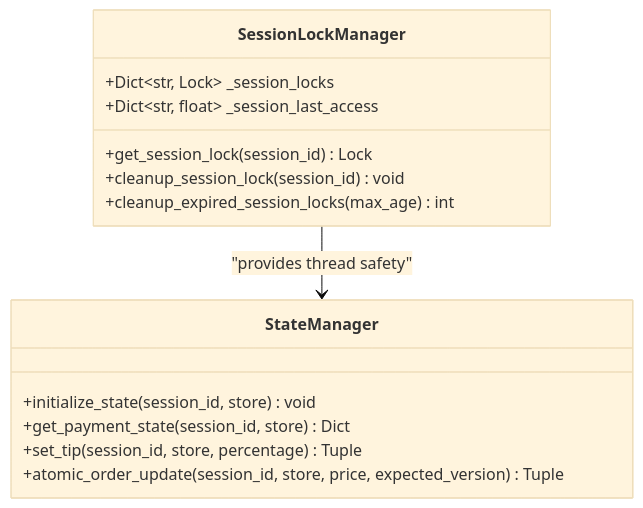
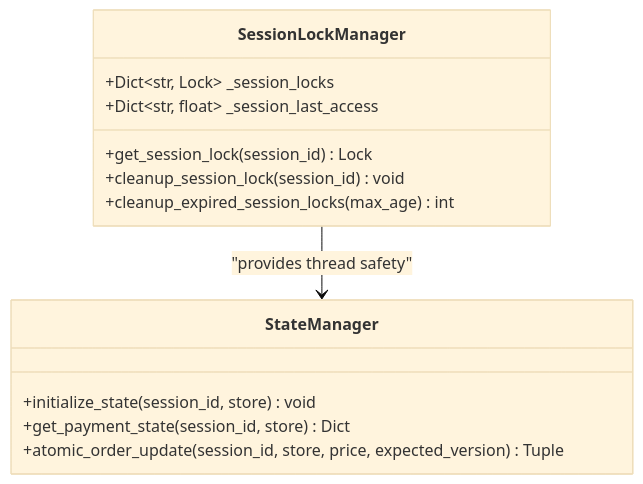
The fourth of 5 diagrams in .qoder/repowiki/en/content/User Interface Components/Event Handling System.md (MOK-5-ha/MayaMCP), drawn with Mermaid (base theme) before and after one commit. The commit also changed other lines of this file and 27 other files, not shown here.

````diff
--- a/.qoder/repowiki/en/content/User Interface Components/Event Handling System.md
+++ b/.qoder/repowiki/en/content/User Interface Components/Event Handling System.md
@@ -266,17 +234,16 @@
 ```mermaid
 classDiagram
 class SessionLockManager {
 +Dict~str, Lock~ _session_locks
 +Dict~str, float~ _session_last_access
 +get_session_lock(session_id) Lock
 +cleanup_session_lock(session_id) void
 +cleanup_expired_session_locks(max_age) int
 }
 class StateManager {
 +initialize_state(session_id, store) void
 +get_payment_state(session_id, store) Dict
-+set_tip(session_id, store, percentage) Tuple
 +atomic_order_update(session_id, store, price, expected_version) Tuple
 }
 SessionLockManager --> StateManager : "provides thread safety"
 ```
````
